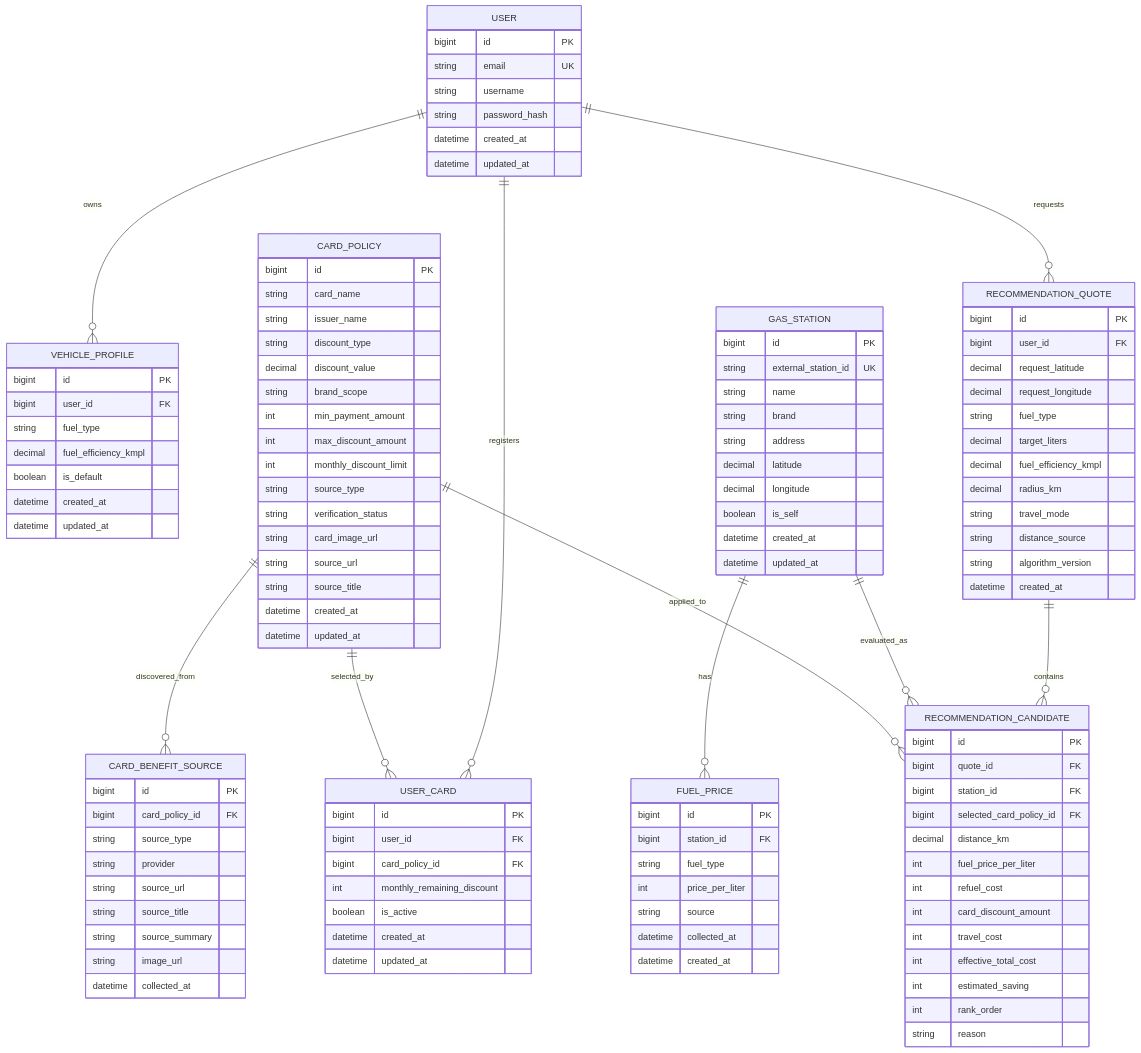
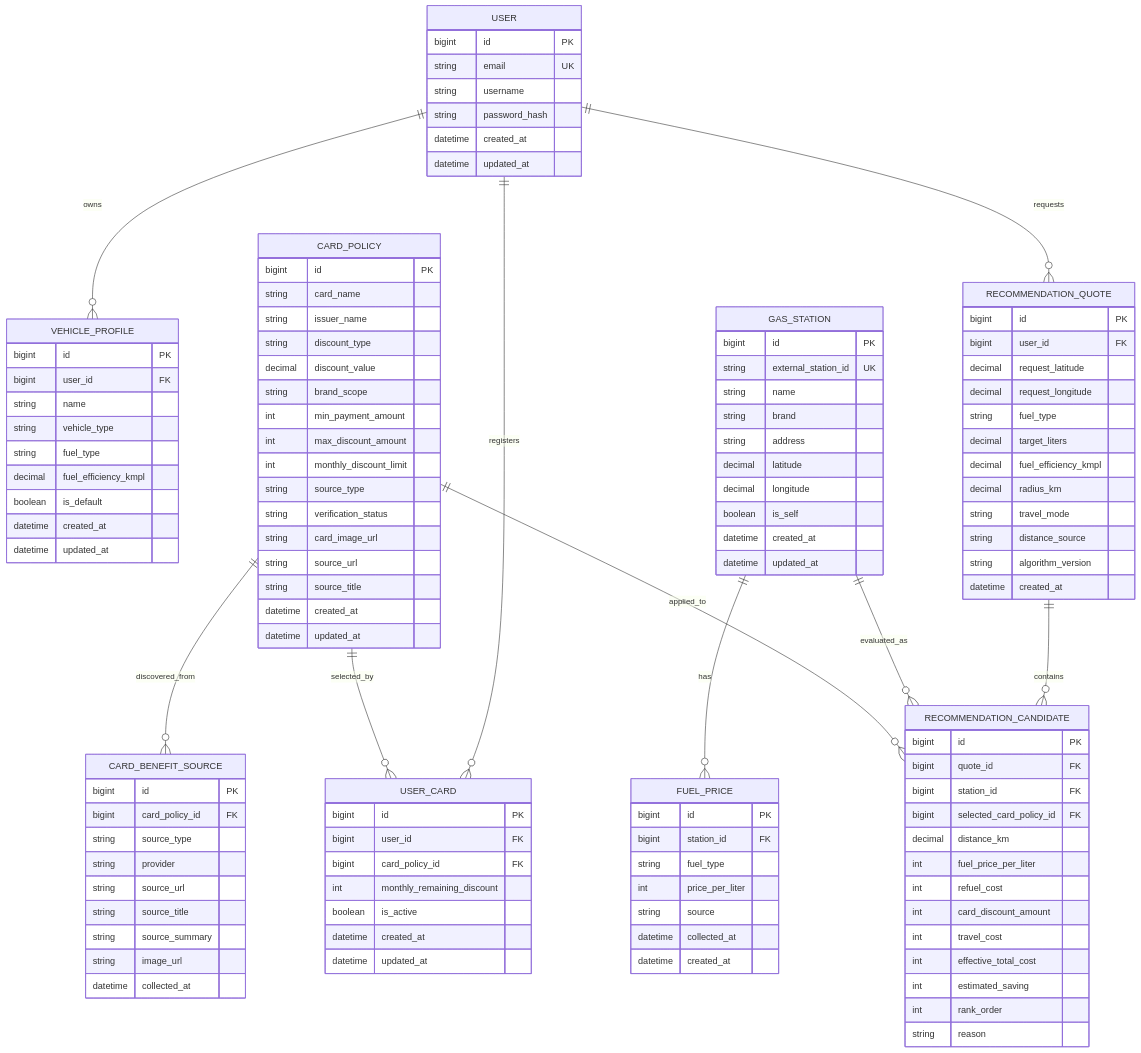
One commit to TorinoJujakdan/PJT changed the diagram in docs/06_erd.md. Above: the diagram before and after it, drawn with Mermaid. The commit also changed other lines of this file and 67 other files, not shown here.

```diff
--- a/docs/06_erd.md
+++ b/docs/06_erd.md
@@ -35,6 +35,8 @@
     VEHICLE_PROFILE {
         bigint id PK
         bigint user_id FK
+        string name
+        string vehicle_type
         string fuel_type
         decimal fuel_efficiency_kmpl
         boolean is_default
```
